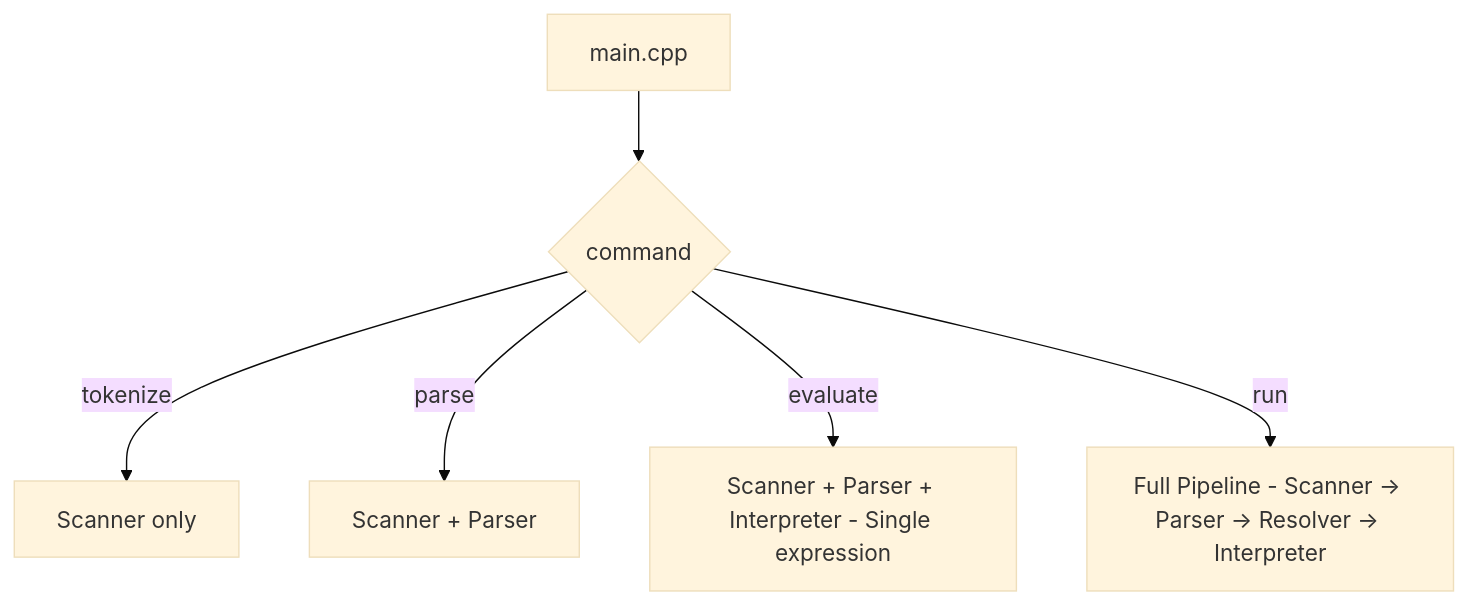
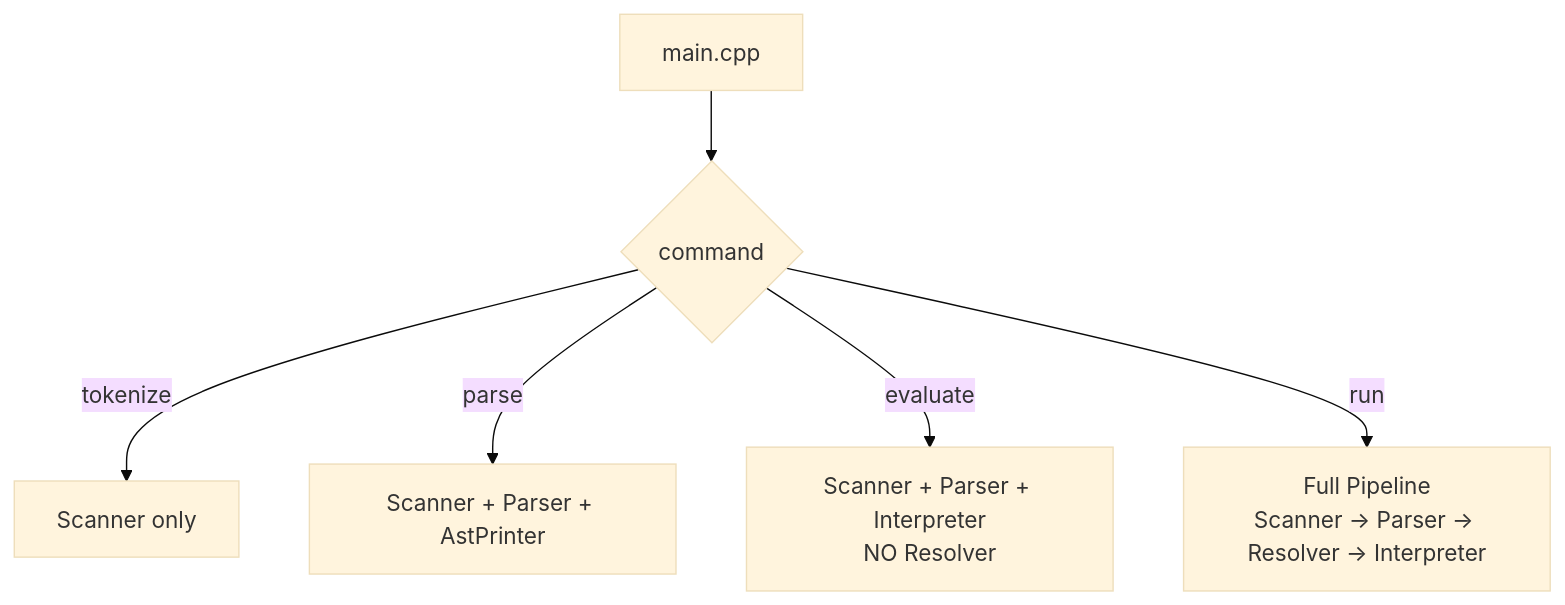
The first of 14 diagrams in docs/CODE_FLOW.md (IshpreetSingh8264/Interpreter-Cpp), drawn with Mermaid (base theme) before and after one commit. The commit also changed other lines of this file and 5 other files, not shown here.

First line of the commit message:
docs: add the agent-facing architecture doc and refresh both flow docs

````diff
--- a/docs/CODE_FLOW.md
+++ b/docs/CODE_FLOW.md
@@ -13,8 +18,8 @@
 ```mermaid
 flowchart TD
     A[main.cpp] --> B{command}
     B -->|tokenize| C[Scanner only]
-    B -->|parse| D[Scanner + Parser]
-    B -->|evaluate| E[Scanner + Parser + Interpreter - Single expression]
-    B -->|run| F[Full Pipeline - Scanner -> Parser -> Resolver -> Interpreter]
+    B -->|parse| D[Scanner + Parser + AstPrinter]
+    B -->|evaluate| E[Scanner + Parser + Interpreter<br/>NO Resolver]
+    B -->|run| F[Full Pipeline<br/>Scanner -> Parser -> Resolver -> Interpreter]
 ```
````
